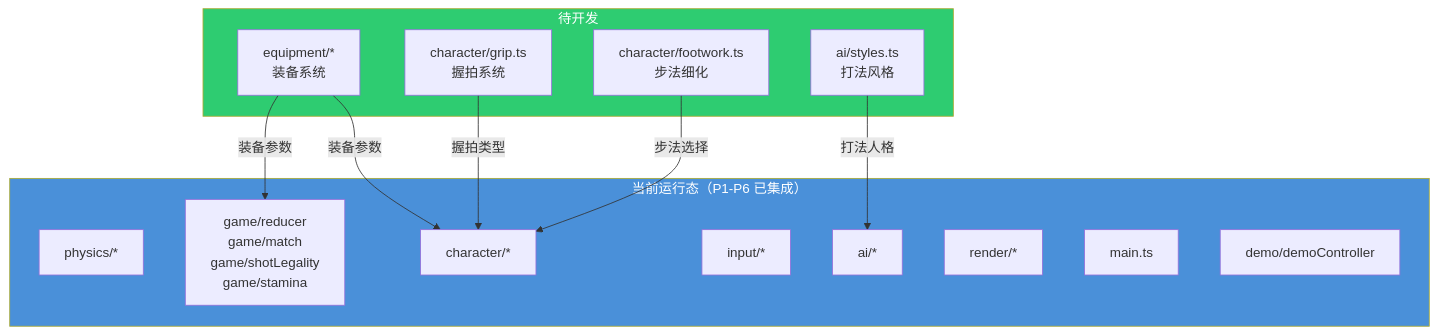
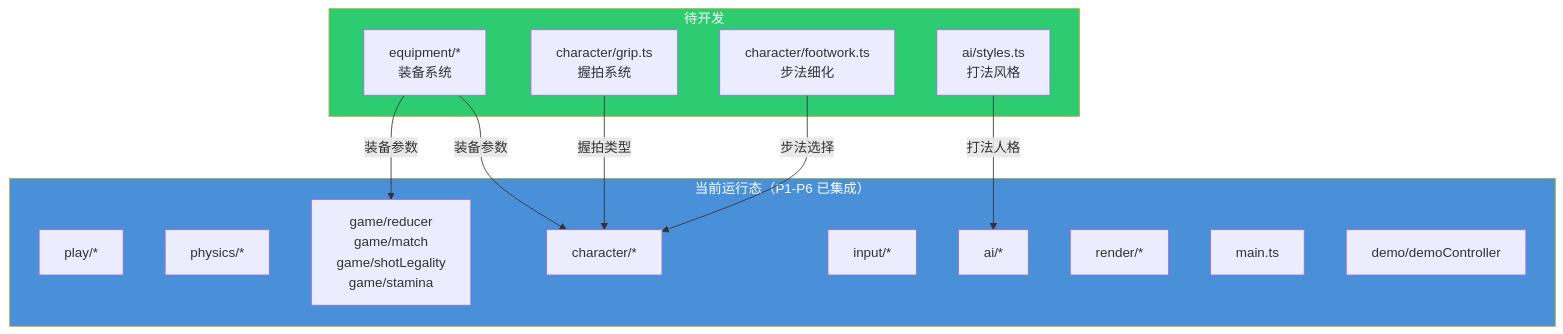
The third of 5 diagrams in docs/architecture.md (mizy/badminton-web), drawn with Mermaid before and after one commit. The commit also changed other lines of this file and 38 other files, not shown here.

````diff
--- a/docs/architecture.md
+++ b/docs/architecture.md
@@ -138,29 +178,30 @@
 ```mermaid
 graph TD
     subgraph Existing["当前运行态（P1-P6 已集成）"]
+        PLAY[play/*]
         PHY[physics/*]
         CHAR[character/*]
         AI[ai/*]
         INP[input/*]
         GAME[game/reducer<br/>game/match<br/>game/shotLegality<br/>game/stamina]
         RENDER[render/*]
         MAIN[main.ts]
         DEMO[demo/demoController]
     end
 
     subgraph Future["待开发"]
         EQ[equipment/*<br/>装备系统]
         GRIP[character/grip.ts<br/>握拍系统]
         FW[character/footwork.ts<br/>步法细化]
         STYLE[ai/styles.ts<br/>打法风格]
     end
 
     EQ -->|装备参数| GAME
     EQ -->|装备参数| CHAR
     GRIP -->|握拍类型| CHAR
     FW -->|步法选择| CHAR
     STYLE -->|打法人格| AI
 
     style Existing fill:#4a90d9,color:#fff
     style Future fill:#2ecc71,color:#fff
 ```
````
